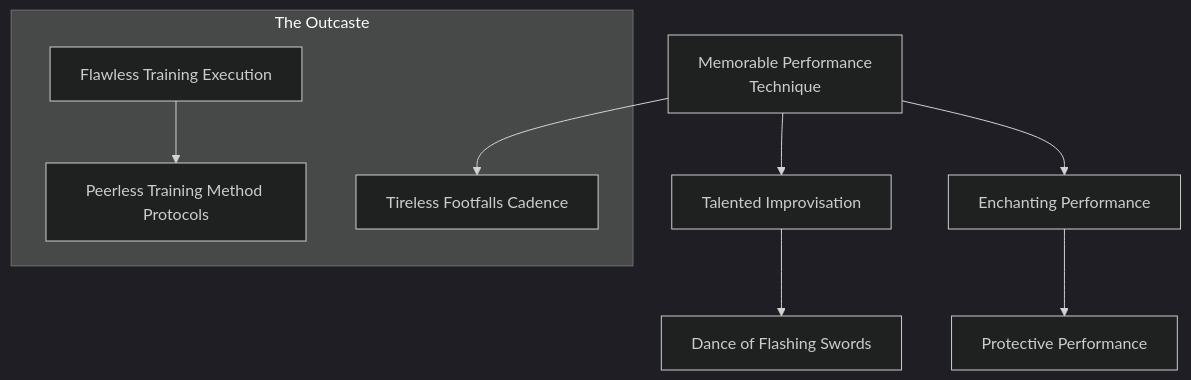
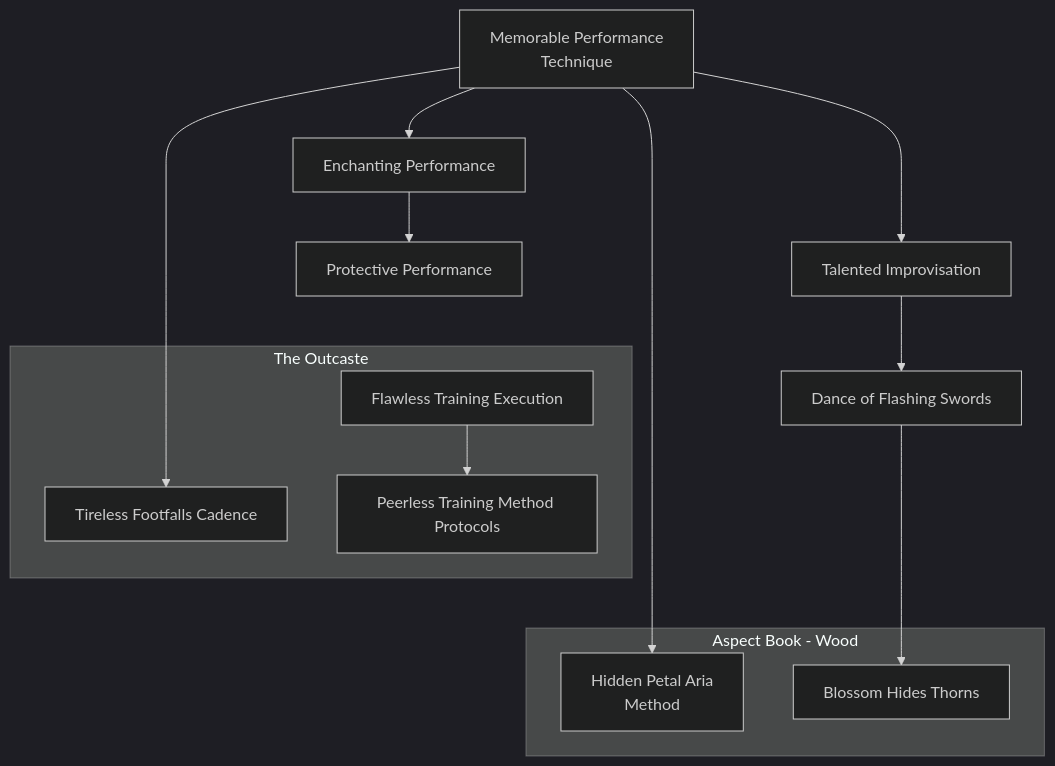
The diagram in docs/mermaid/dragon_blooded/wood_performance_1.mmd (jrobichaud/exalted-charms-1e), drawn with Mermaid before and after one commit. The commit also changed 4 other files, not shown here.

Commit message:
Aspect book wood

```diff
--- a/docs/mermaid/dragon_blooded/wood_performance_1.mmd
+++ b/docs/mermaid/dragon_blooded/wood_performance_1.mmd
@@ -291,5 +291,65 @@
             the training program.
             "
     end
-    memorable_performance_technique --> tireless_footfalls_cadence
+    memorable_performance_technique -----> tireless_footfalls_cadence
     flawless_training_execution --> peerless_training_method_protocols
+
+    subgraph Aspect Book - Wood
+        hidden_petal_aria_method[Hidden Petal Aria<br>Method]
+        click hidden_petal_aria_method callback "
+            Hidden Petal Aria Method<br>
+            <br>
+            Cost: 2 motes per subject<br>
+            Duration: Special<br>
+            Type: Reflexive<br>
+            Minimum Performance: 3<br>
+            Minimum Essence: 2<br>
+            Prerequisite Charms: Memorable Performance Technique<br>
+            <br>
+            In the courts of the Dragon-Blooded, the love of
+            musical and theatrical performances is commonplace. A
+            character skilled in the use of this Charm can manipulate
+            the nuance and subtext of his performance to communicate
+            secretly with audience members of his choice.<br>
+            During the course of a performance, a Dragon-Blood
+            may use this Charm, expending 2 motes for each audience
+            member he wishes to communicate with secretly. For the
+            duration of the performance, he may pass information to
+            these audience members as if he was delivering a slowly
+            spoken monologue. Some types of specialized or technical
+            information may not be communicated through the use of
+            this Charm, but general topics of conversation can be transmitted. The Charm only facilitates communication from
+            the performer to the audience member or members.
+            "
+        blossom_hides_thorns[Blossom Hides Thorns]
+        click blossom_hides_thorns callback "
+            Blossom Hides Thorns<br>
+            <br>
+            Cost: 3 motes<br>
+            Duration: Instant<br>
+            Type: Reflexive<br>
+            Minimum Performance: 4<br>
+            Minimum Essence: 2<br>
+            Prerequisite Charms: Dance of Flashing Swords<br>
+            <br>
+            The Dragon-Blooded are social creatures, enamored
+            with culture and art, but they are also creatures of violence,
+            passion and cunning artifice. It is upon the ground where
+            these two spheres of interest meet that this Charm is most
+            useful. With a graceful dance step or an artful flourish,
+            a Dragon-Blood skilled in this technique may mask an
+            attack as part of a performance, taking her foe unawares.
+            Treat this attack as an ambush attempt (see Exalted, p.
+            238) unless the ambushed character employs a Charm that
+            makes him aware of attacks against his person. Players of
+            such ambushed characters must make the normal Wits +
+            Awareness roll for their characters to react to the ambush,
+            but they must add the permanent Essence of the character
+            using Blossom Hides Thorns to their difficulty. This Charm
+            may not be used once combat has begun.
+            "
+
+    end
+
+    memorable_performance_technique ------> hidden_petal_aria_method
+    dance_of_flashing_swords ---> blossom_hides_thorns
```
